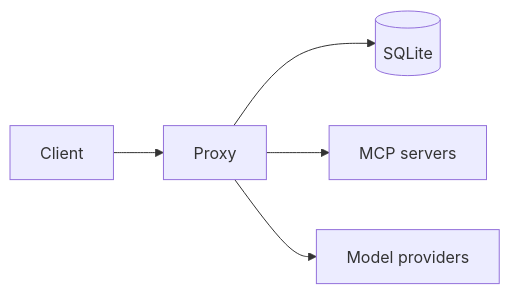
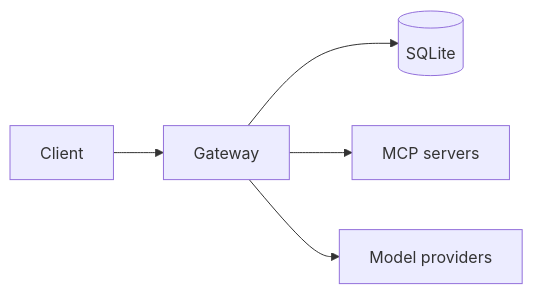
One commit to theonemule/MCP-Proxy changed the eighth of 9 diagrams in docs/ARCHITECTURE.md. Above: the diagram before and after it, drawn with Mermaid. The commit also changed other lines of this file and 130 other files, not shown here.

```diff
--- a/docs/ARCHITECTURE.md
+++ b/docs/ARCHITECTURE.md
@@ -378,7 +391,7 @@
 ~~~mermaid
 flowchart LR
-    Client --> Proxy
-    Proxy --> SQLite[(SQLite)]
-    Proxy --> MCP[MCP servers]
-    Proxy --> Models[Model providers]
+    Client --> Gateway
+    Gateway --> SQLite[(SQLite)]
+    Gateway --> MCP[MCP servers]
+    Gateway --> Models[Model providers]
 ~~~
```
